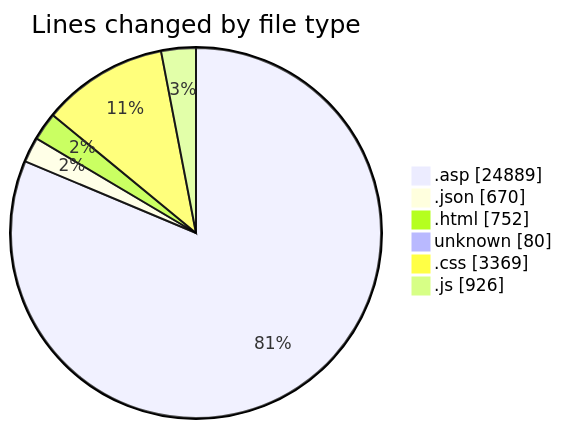
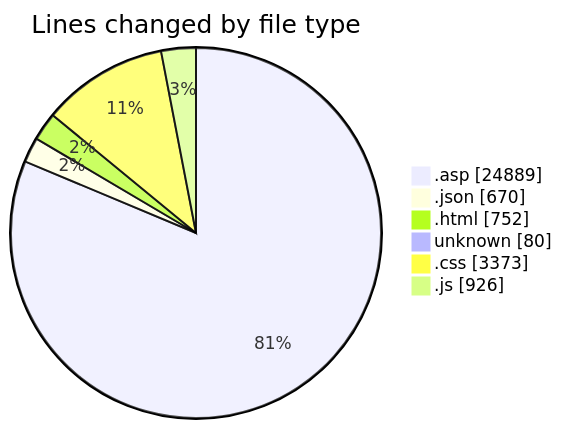
The first of 2 diagrams in 2025-11-01/cdp_aleoudev_fr__workspace_/README.md (julien-gomy/code-tracking), drawn with Mermaid before and after one commit. The commit also changed other lines of this file and 1 other file, not shown here.

````diff
--- a/2025-11-01/cdp_aleoudev_fr__workspace_/README.md
+++ b/2025-11-01/cdp_aleoudev_fr__workspace_/README.md
@@ -39,10 +39,10 @@
 ```mermaid
 pie showData
 title Lines changed by file type
 ".asp" : 24889
 ".json" : 670
 ".html" : 752
 "unknown" : 80
-".css" : 3369
+".css" : 3373
 ".js" : 926
 ```
````
